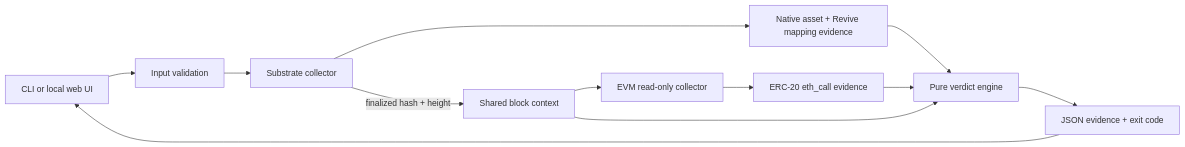
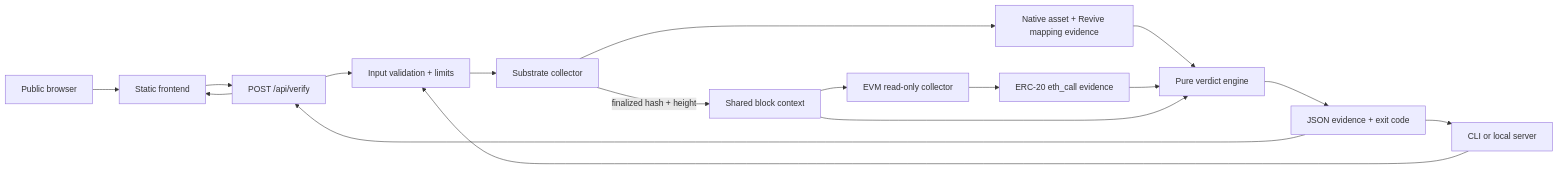
Before and after one commit to YakiUdoph/Firma: the diagram in portaldot-investigation/docs/ARCHITECTURE.md, drawn with Mermaid. The commit also changed other lines of this file and 13 other files, not shown here.

````diff
--- a/portaldot-investigation/docs/ARCHITECTURE.md
+++ b/portaldot-investigation/docs/ARCHITECTURE.md
@@ -3,14 +3,19 @@
 ```mermaid
 flowchart LR
-    U[CLI or local web UI] --> V[Input validation]
+    B[Public browser] --> F[Static frontend]
+    F --> A[POST /api/verify]
+    A --> V[Input validation + limits]
+    U[CLI or local server] --> V
     V --> S[Substrate collector]
     S -->|finalized hash + height| C[Shared block context]
     C --> E[EVM read-only collector]
     S --> N[Native asset + Revive mapping evidence]
     E --> R[ERC-20 eth_call evidence]
     N --> P[Pure verdict engine]
     R --> P
     C --> P
     P --> J[JSON evidence + exit code]
     J --> U
+    J --> A
+    A --> F
 ```
````
